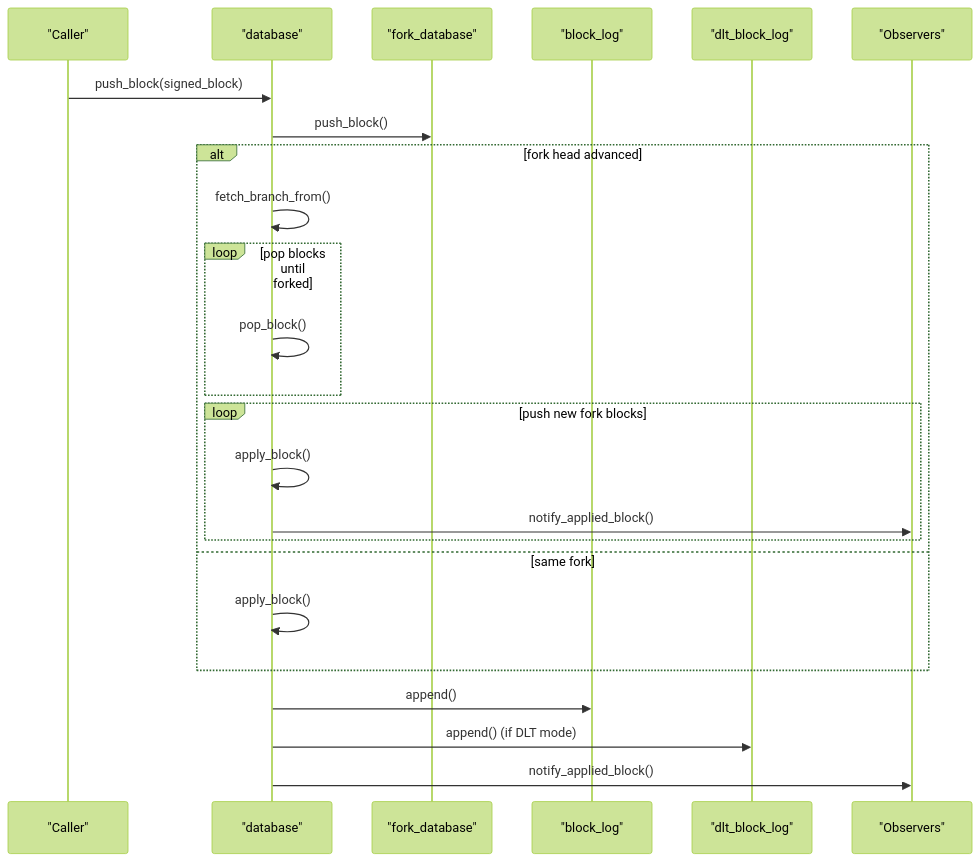
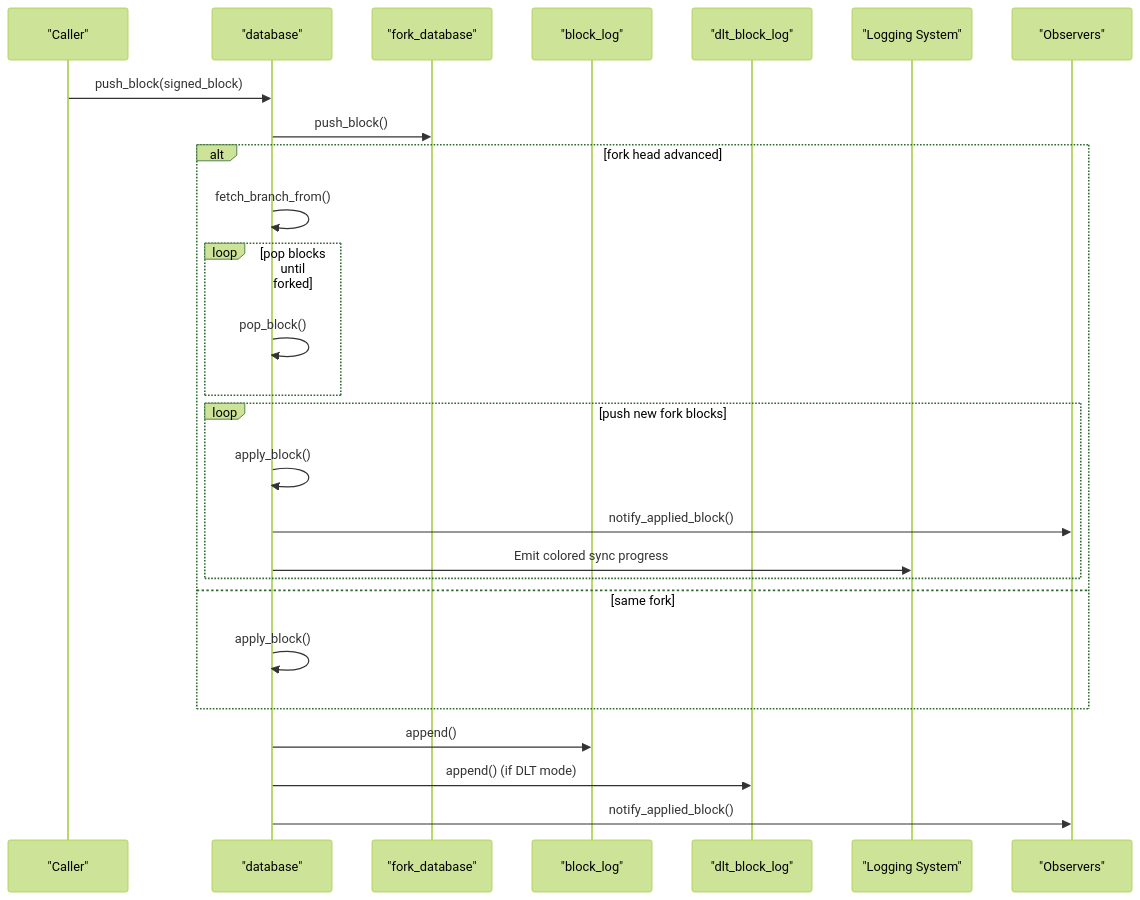
Before and after one commit to VIZ-Blockchain/viz-cpp-node: the second of 12 diagrams in .qoder/repowiki/en/content/Architecture Overview/Core Libraries/Chain Library/Chain Library.md, drawn with Mermaid (forest theme). The commit also changed other lines of this file and 4 other files, not shown here.

First line of the commit message:
docs(chain): add comprehensive ANSI color-coded logging system documentation

````diff
--- a/.qoder/repowiki/en/content/Architecture Overview/Core Libraries/Chain Library/Chain Library.md
+++ b/.qoder/repowiki/en/content/Architecture Overview/Core Libraries/Chain Library/Chain Library.md
@@ -161,26 +181,28 @@
 ```mermaid
 sequenceDiagram
 participant App as "Caller"
 participant DB as "database"
 participant FDB as "fork_database"
 participant BLK as "block_log"
 participant DLT as "dlt_block_log"
+participant LOG as "Logging System"
 participant OBS as "Observers"
 App->>DB : push_block(signed_block)
 DB->>FDB : push_block()
 alt fork head advanced
 DB->>DB : fetch_branch_from()
 loop pop blocks until forked
 DB->>DB : pop_block()
 end
 loop push new fork blocks
 DB->>DB : apply_block()
 DB->>OBS : notify_applied_block()
+DB->>LOG : Emit colored sync progress
 end
 else same fork
 DB->>DB : apply_block()
 end
 DB->>BLK : append()
 DB->>DLT : append() (if DLT mode)
 DB->>OBS : notify_applied_block()
 ```
````
